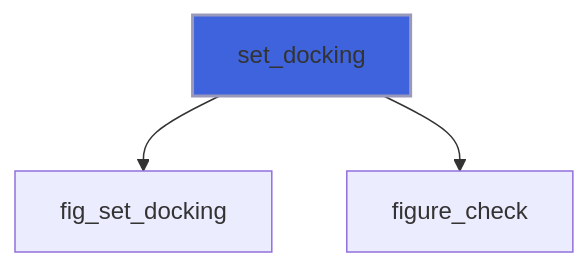
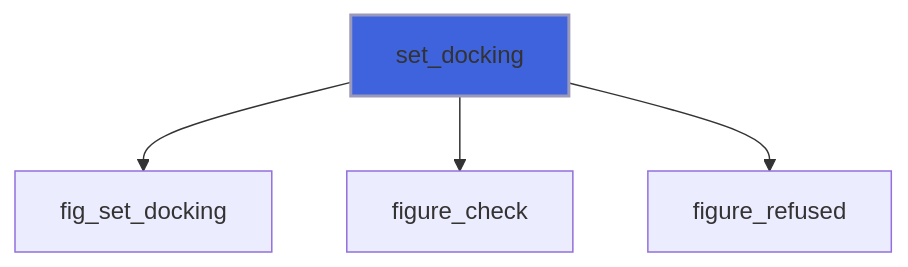
One commit to szaghi/figure changed diagram 15 of 41 in docs/api/src/lib/figure_app.md. Above: the diagram before and after it, drawn with Mermaid. The commit also changed other lines of this file and 10 other files, not shown here.

````diff
--- a/docs/api/src/lib/figure_app.md
+++ b/docs/api/src/lib/figure_app.md
@@ -592,6 +633,7 @@
 ```mermaid
 flowchart TD
   set_docking["set_docking"] --> fig_set_docking["fig_set_docking"]
   set_docking["set_docking"] --> figure_check["figure_check"]
+  set_docking["set_docking"] --> figure_refused["figure_refused"]
   style set_docking fill:#3e63dd,stroke:#99b,stroke-width:2px
 ```
````
